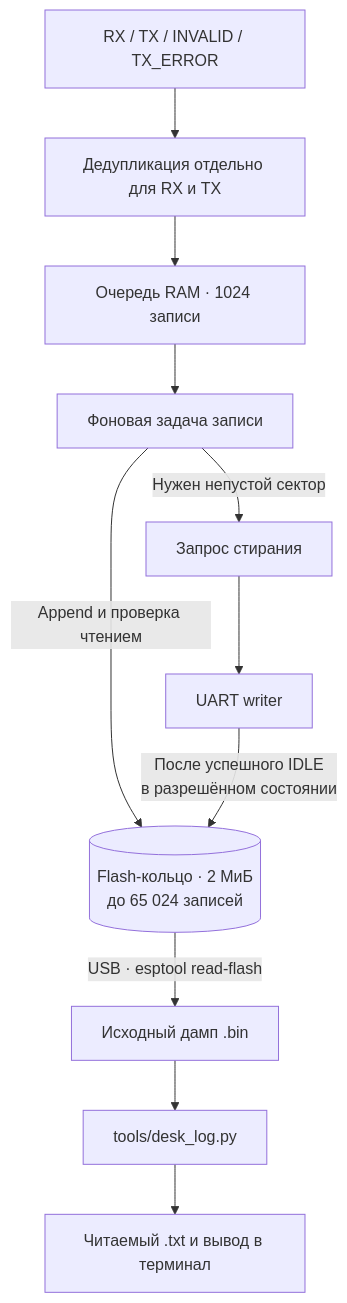
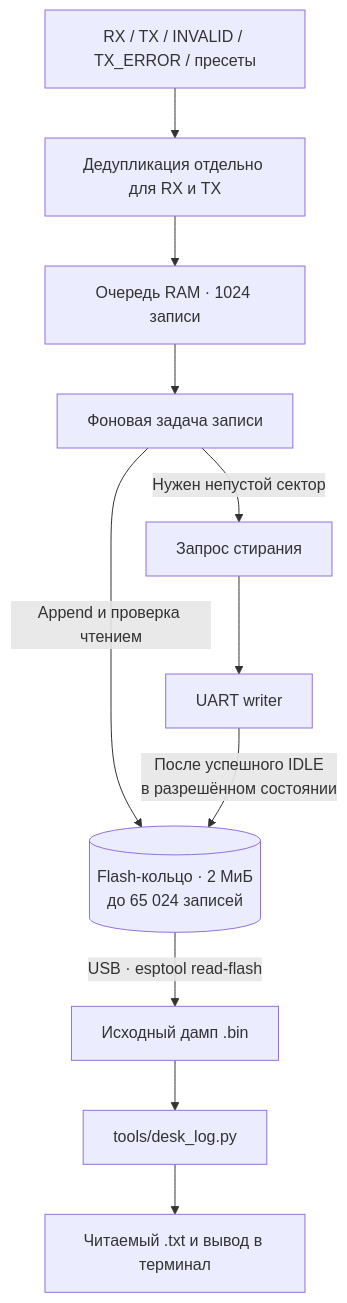
The fourth of 4 diagrams in docs/architecture.md (tri6odin/smart_desk), drawn with Mermaid before and after one commit. The commit also changed other lines of this file and 28 other files, not shown here.

````diff
--- a/docs/architecture.md
+++ b/docs/architecture.md
@@ -136,13 +135,13 @@
 ```mermaid
 flowchart TD
-    Events["RX / TX / INVALID / TX_ERROR"] --> Dedup["Дедупликация отдельно для RX и TX"]
+    Events["RX / TX / INVALID / TX_ERROR / пресеты"] --> Dedup["Дедупликация отдельно для RX и TX"]
     Dedup --> Queue["Очередь RAM · 1024 записи"]
     Queue --> Worker["Фоновая задача записи"]
     Worker -->|"Append и проверка чтением"| Flash[("Flash-кольцо · 2 МиБ<br/>до 65 024 записей")]
     Worker -->|"Нужен непустой сектор"| Erase["Запрос стирания"]
     Erase --> Writer["UART writer"]
     Writer -->|"После успешного IDLE<br/>в разрешённом состоянии"| Flash
     Flash -->|"USB · esptool read-flash"| Dump["Исходный дамп .bin"]
     Dump --> Decode["tools/desk_log.py"]
     Decode --> Text["Читаемый .txt и вывод в терминал"]
 ```
````
